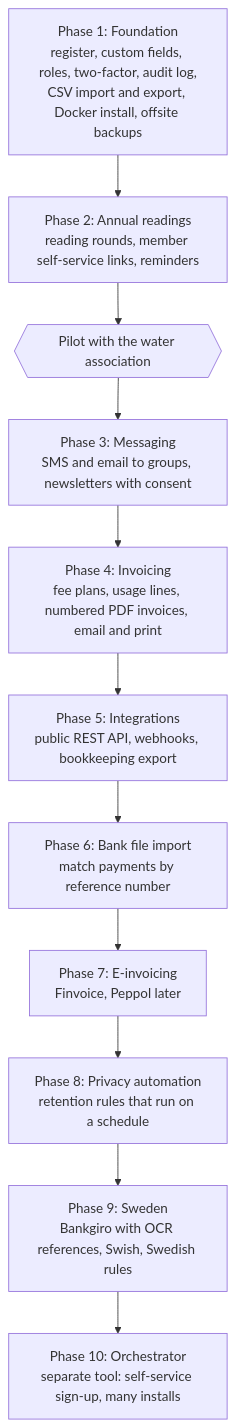
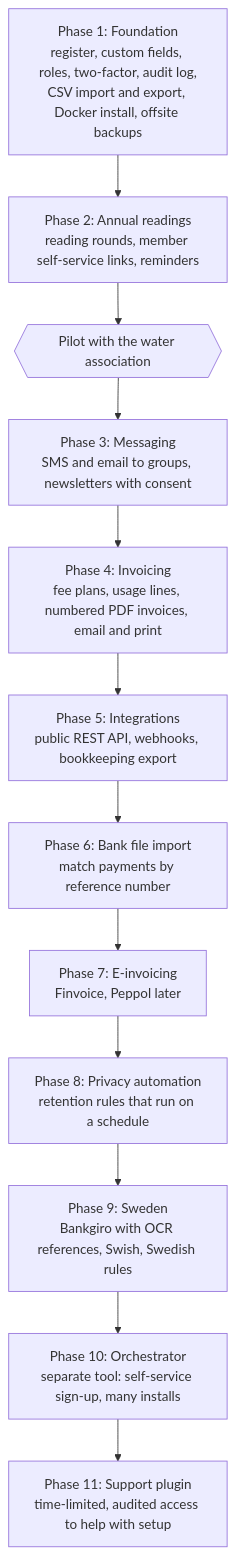
One commit to savv3/Metra changed the second of 2 diagrams in docs/architecture.md. Above: the diagram before and after it, drawn with Mermaid. The commit also changed other lines of this file, not shown here.

First line of the commit message:
Add a support plugin as phase 11 of the roadmap

````diff
--- a/docs/architecture.md
+++ b/docs/architecture.md
@@ -155,15 +155,16 @@
 ```mermaid
 flowchart TD
     p1[Phase 1: Foundation<br/>register, custom fields, roles, two-factor, audit log,<br/>CSV import and export, Docker install, offsite backups]
     p2[Phase 2: Annual readings<br/>reading rounds, member self-service links, reminders]
     gate{{Pilot with the water association}}
     p3[Phase 3: Messaging<br/>SMS and email to groups, newsletters with consent]
     p4[Phase 4: Invoicing<br/>fee plans, usage lines, numbered PDF invoices, email and print]
     p5[Phase 5: Integrations<br/>public REST API, webhooks, bookkeeping export]
     p6[Phase 6: Bank file import<br/>match payments by reference number]
     p7[Phase 7: E-invoicing<br/>Finvoice, Peppol later]
     p8[Phase 8: Privacy automation<br/>retention rules that run on a schedule]
     p9[Phase 9: Sweden<br/>Bankgiro with OCR references, Swish, Swedish rules]
     p10[Phase 10: Orchestrator<br/>separate tool: self-service sign-up, many installs]
-    p1 --> p2 --> gate --> p3 --> p4 --> p5 --> p6 --> p7 --> p8 --> p9 --> p10
+    p11[Phase 11: Support plugin<br/>time-limited, audited access to help with setup]
+    p1 --> p2 --> gate --> p3 --> p4 --> p5 --> p6 --> p7 --> p8 --> p9 --> p10 --> p11
 ```
````
